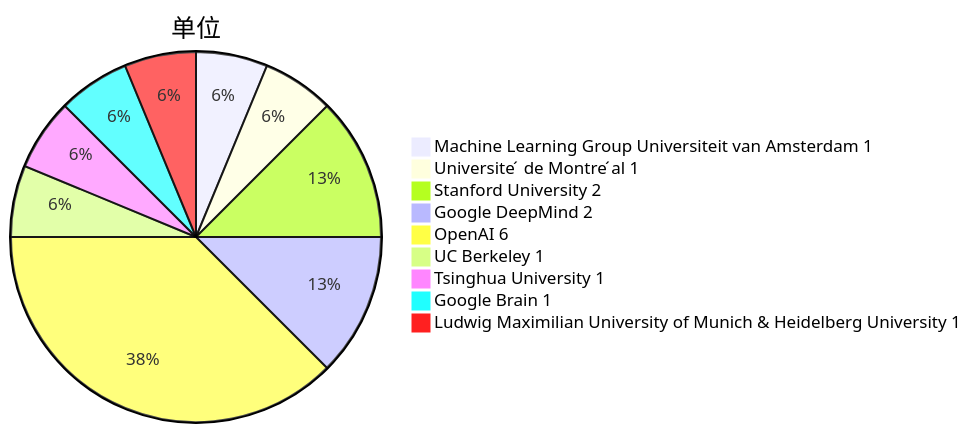
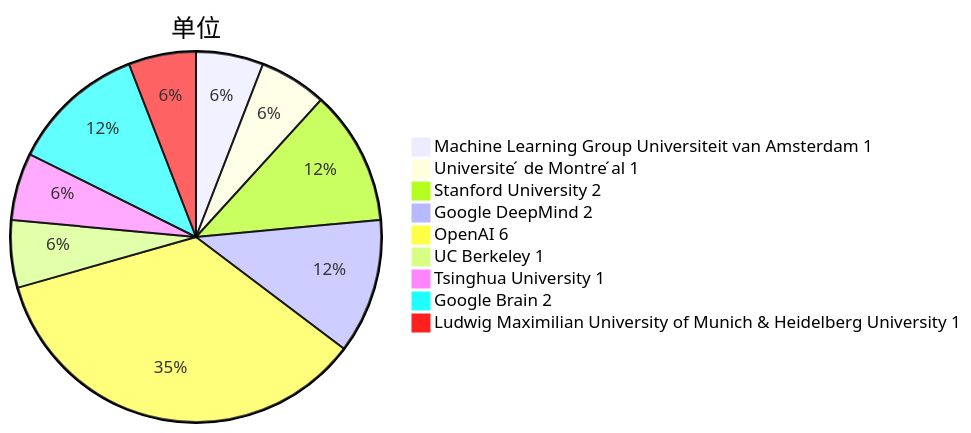
Before and after one commit to Elephant-King9/Paper: the third of 5 diagrams in Base_Model/GAN+VAE+Diffusion/analyse.md, drawn with Mermaid. The commit also changed other lines of this file and 2 other files, not shown here.

````diff
--- a/Base_Model/GAN+VAE+Diffusion/analyse.md
+++ b/Base_Model/GAN+VAE+Diffusion/analyse.md
@@ -54,12 +56,12 @@
 ```mermaid
 pie title 单位
     "Machine Learning Group Universiteit van Amsterdam 1" : 1
     "Universite ́ de Montre ́al 1" : 1
     "Stanford University 2" : 2
     "Google DeepMind 2" : 2
     "OpenAI 6" : 6
     "UC Berkeley 1" : 1
     "Tsinghua University 1" : 1
-    "Google Brain 1" : 1
+    "Google Brain 2" : 2
     "Ludwig Maximilian University of Munich & Heidelberg University 1" : 1
 ```
````
